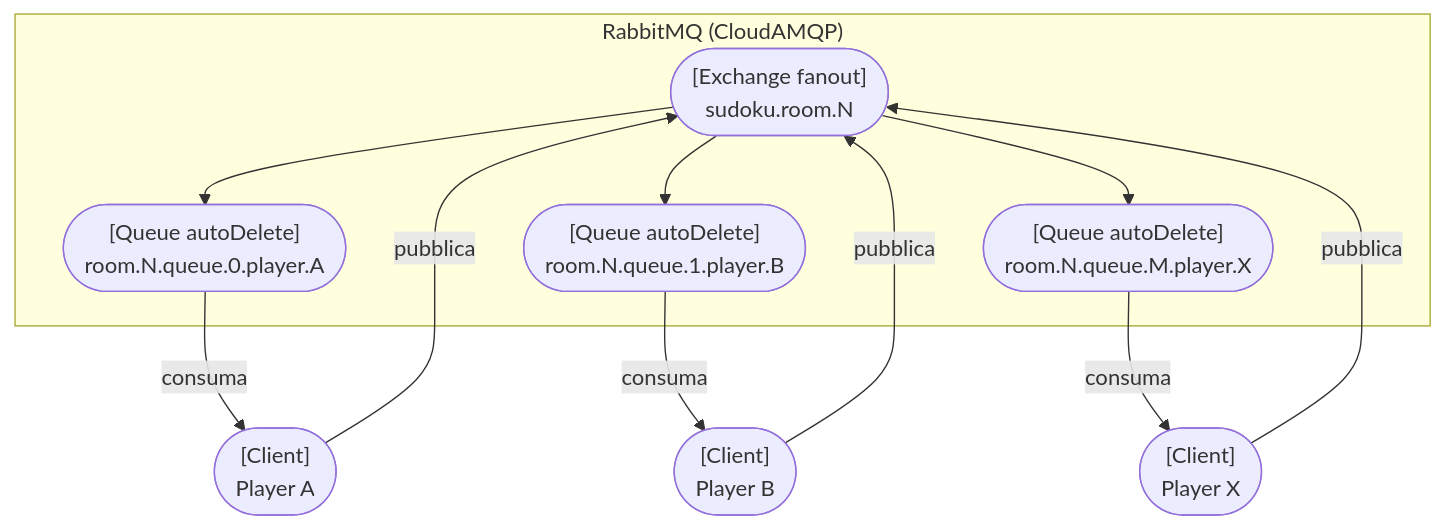
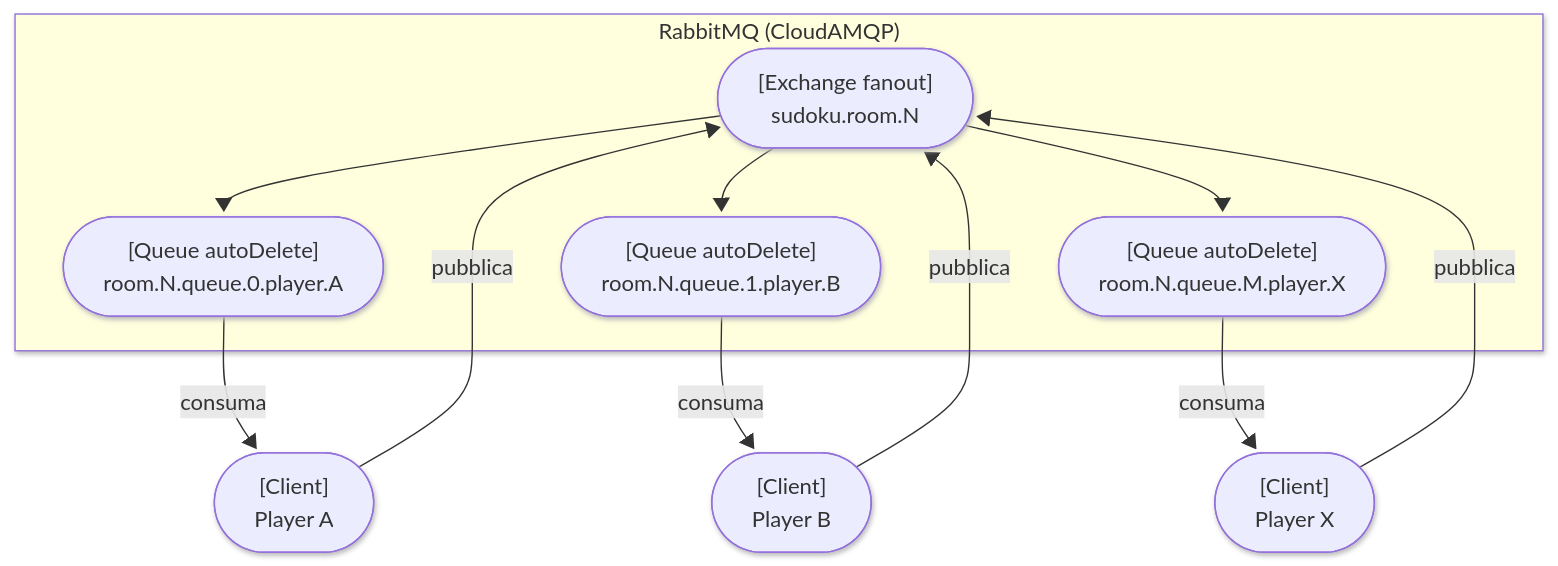
One commit to JBmanu/PCD-03 changed the second of 7 diagrams in sudoku-mom/doc/report.md. Above: the diagram before and after it, drawn with Mermaid. The commit also changed other lines of this file and 1 other file, not shown here.

Commit message:
feat: report - sudoku MOM

````diff
--- a/sudoku-mom/doc/report.md
+++ b/sudoku-mom/doc/report.md
@@ -71,19 +70,25 @@
 ```mermaid
+---
+config:
+  theme: default
+  layout: dagre
+  look: neo
+---
 graph TD
     subgraph "RabbitMQ (CloudAMQP)"
-        EX(["[Exchange fanout]\nsudoku.room.N"])
-        Q0(["[Queue autoDelete]\nroom.N.queue.0.player.A"])
-        Q1(["[Queue autoDelete]\nroom.N.queue.1.player.B"])
-        QN(["[Queue autoDelete]\nroom.N.queue.M.player.X"])
+        EX(["[Exchange fanout]<br/>sudoku.room.N"])
+        Q0(["[Queue autoDelete]<br/>room.N.queue.0.player.A"])
+        Q1(["[Queue autoDelete]<br/>room.N.queue.1.player.B"])
+        QN(["[Queue autoDelete]<br/>room.N.queue.M.player.X"])
         EX --> Q0
         EX --> Q1
         EX --> QN
     end
 
-    PA(["[Client]\nPlayer A"]) -->|"pubblica"| EX
-    PB(["[Client]\nPlayer B"]) -->|"pubblica"| EX
-    PX(["[Client]\nPlayer X"]) -->|"pubblica"| EX
+    PA(["[Client]<br/>Player A"]) -->|"pubblica"| EX
+    PB(["[Client]<br/>Player B"]) -->|"pubblica"| EX
+    PX(["[Client]<br/>Player X"]) -->|"pubblica"| EX
     Q0 -->|"consuma"| PA
     Q1 -->|"consuma"| PB
     QN -->|"consuma"| PX
 ```
````
